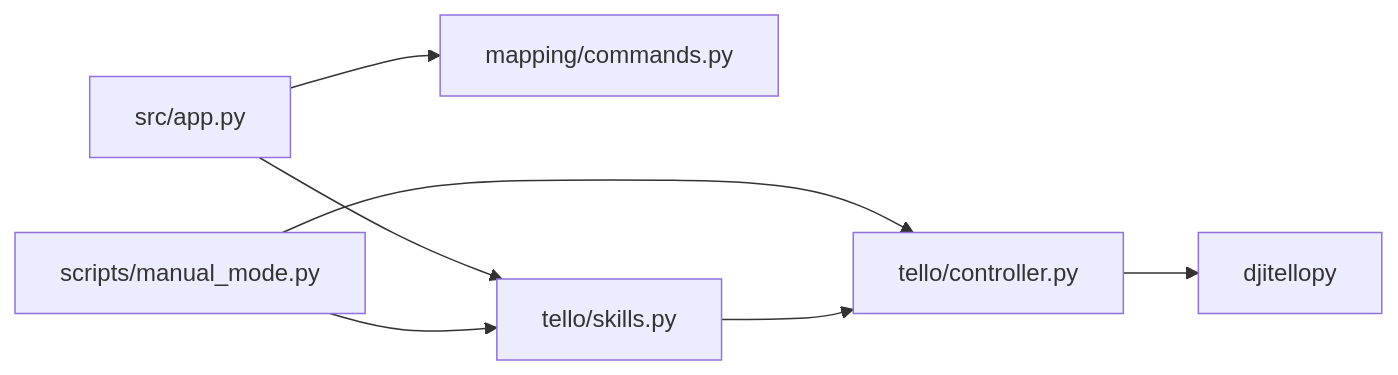
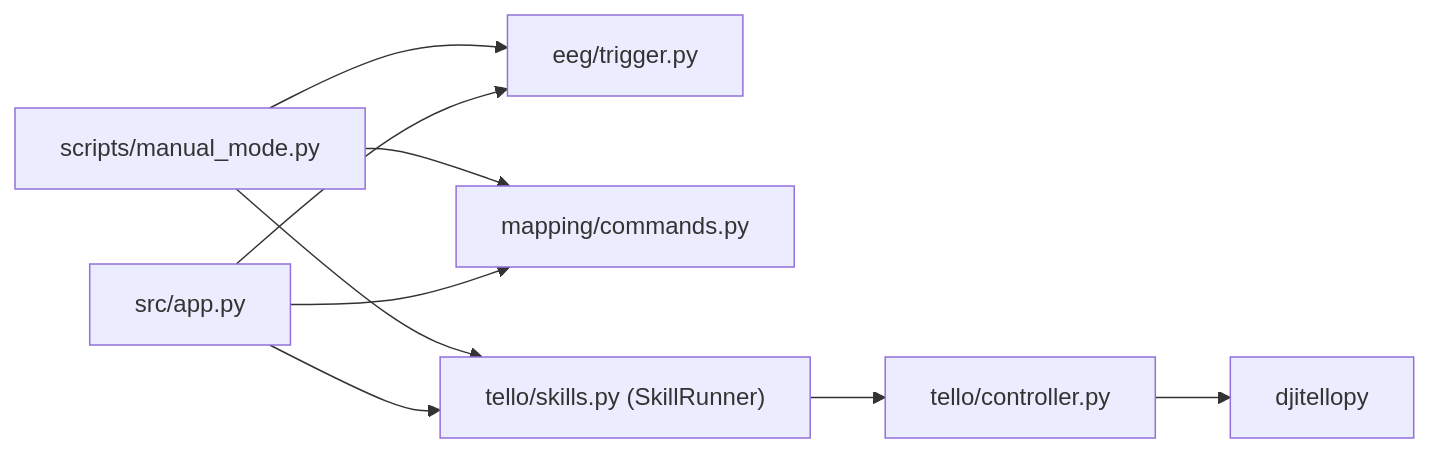
The second of 2 diagrams in docs/skills_plan/README.md (Axeseller/MindWeavers), drawn with Mermaid before and after one commit. The commit also changed other lines of this file and 4 other files, not shown here.

````diff
--- a/docs/skills_plan/README.md
+++ b/docs/skills_plan/README.md
@@ -39,9 +42,11 @@
 ```mermaid
 flowchart LR
-  ManualMode["scripts/manual_mode.py"] --> Controller["tello/controller.py"]
-  App["src/app.py"] --> Mapper["mapping/commands.py"]
-  App --> Skills["tello/skills.py"]
-  ManualMode --> Skills
-  Skills --> Controller
+  ManualMode["scripts/manual_mode.py"] --> Trigger["eeg/trigger.py"]
+  ManualMode --> Mapper["mapping/commands.py"]
+  ManualMode --> Skills["tello/skills.py (SkillRunner)"]
+  App["src/app.py"] --> Trigger
+  App --> Mapper
+  App --> Skills
+  Skills --> Controller["tello/controller.py"]
   Controller --> SDK["djitellopy"]
 ```
````
